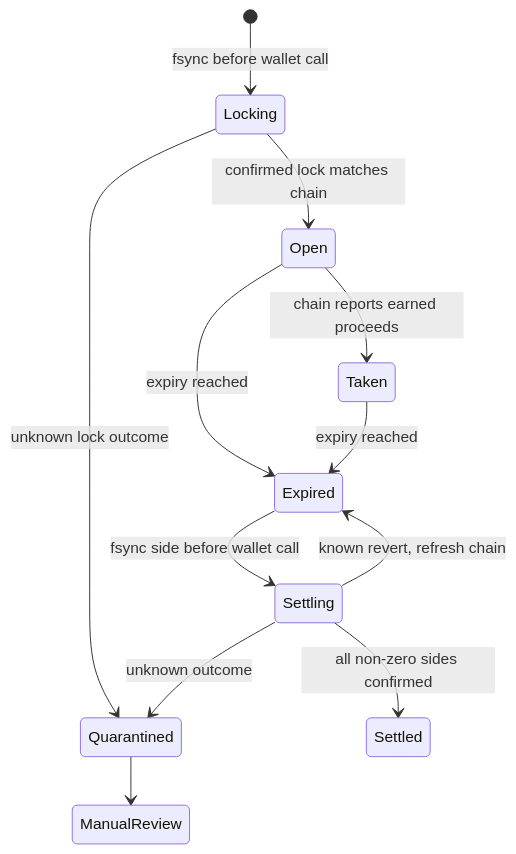
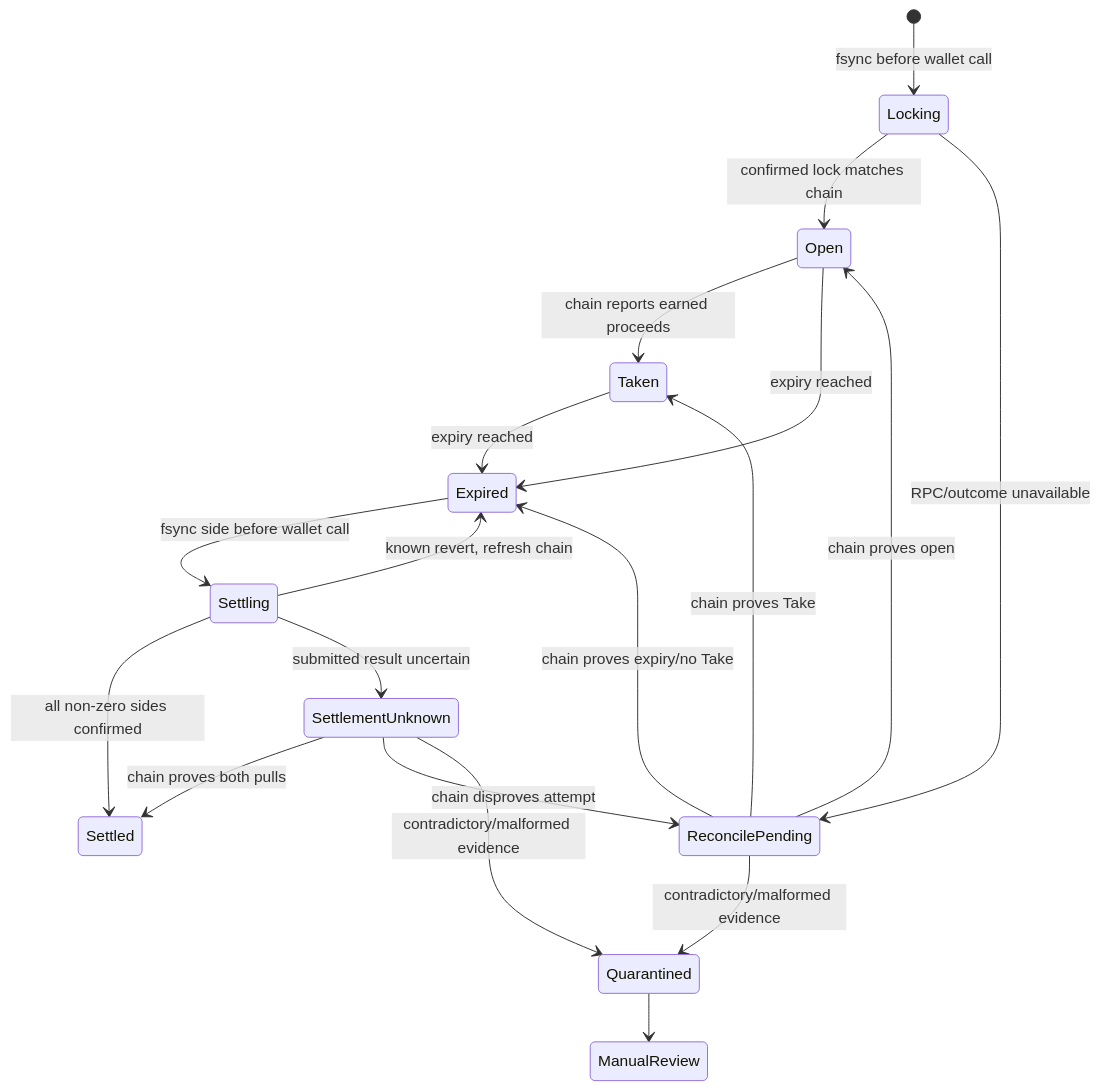
One commit to gstohl/app20 changed the fourth of 8 diagrams in README.md. Above: the diagram before and after it, drawn with Mermaid. The commit also changed other lines of this file and 48 other files, not shown here.

````diff
--- a/README.md
+++ b/README.md
@@ -185,14 +190,21 @@
 ```mermaid
 stateDiagram-v2
     [*] --> Locking: fsync before wallet call
     Locking --> Open: confirmed lock matches chain
-    Locking --> Quarantined: unknown lock outcome
+    Locking --> ReconcilePending: RPC/outcome unavailable
     Open --> Taken: chain reports earned proceeds
     Open --> Expired: expiry reached
     Taken --> Expired: expiry reached
     Expired --> Settling: fsync side before wallet call
     Settling --> Settled: all non-zero sides confirmed
     Settling --> Expired: known revert, refresh chain
-    Settling --> Quarantined: unknown outcome
+    Settling --> SettlementUnknown: submitted result uncertain
+    ReconcilePending --> Open: chain proves open
+    ReconcilePending --> Taken: chain proves Take
+    ReconcilePending --> Expired: chain proves expiry/no Take
+    SettlementUnknown --> Settled: chain proves both pulls
+    SettlementUnknown --> ReconcilePending: chain disproves attempt
+    ReconcilePending --> Quarantined: contradictory/malformed evidence
+    SettlementUnknown --> Quarantined: contradictory/malformed evidence
     Quarantined --> ManualReview
 ```
````
